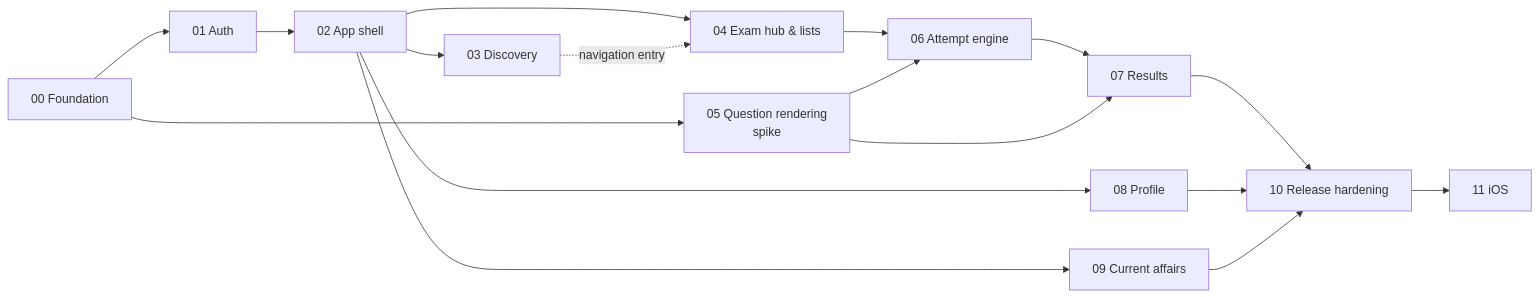
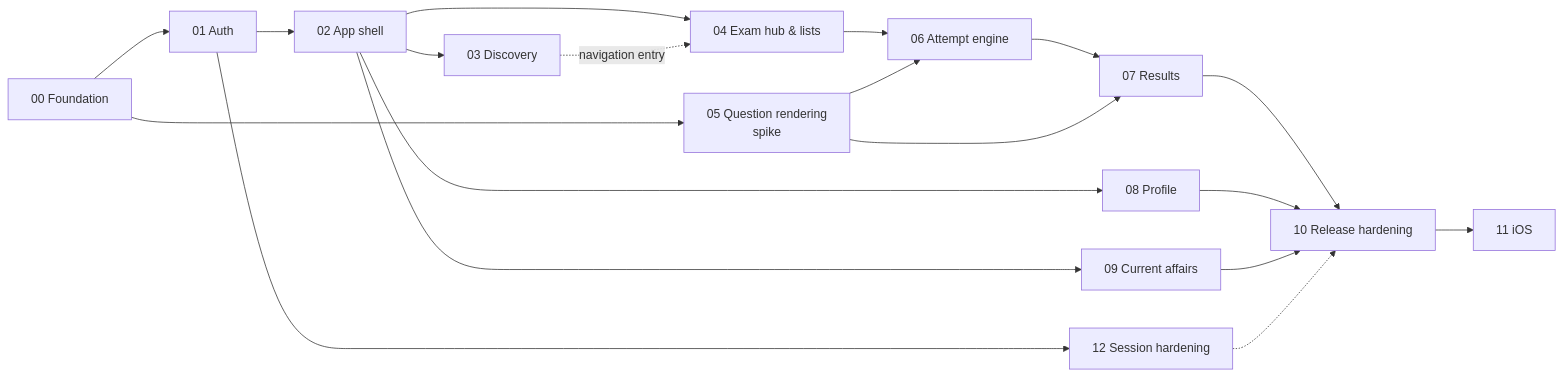
One commit to Nipun-101/ezprep-app changed the diagram in docs/mobile-migration/phases/README.md. Above: the diagram before and after it, drawn with Mermaid. The commit also changed other lines of this file and 23 other files, not shown here.

````diff
--- a/docs/mobile-migration/phases/README.md
+++ b/docs/mobile-migration/phases/README.md
@@ -35,19 +36,21 @@
 ```mermaid
 flowchart LR
   P00[00 Foundation] --> P01[01 Auth]
   P01 --> P02[02 App shell]
   P02 --> P03[03 Discovery]
   P02 --> P04[04 Exam hub & lists]
   P03 -. navigation entry .-> P04
   P00 --> P05[05 Question rendering<br/>spike]
   P04 --> P06[06 Attempt engine]
   P05 --> P06
   P06 --> P07[07 Results]
   P05 --> P07
   P02 --> P08[08 Profile]
   P02 --> P09[09 Current affairs]
   P07 --> P10[10 Release hardening]
   P08 --> P10
   P09 --> P10
   P10 --> P11[11 iOS]
+  P01 --> P12[12 Session hardening]
+  P12 -.-> P10
 ```
````
